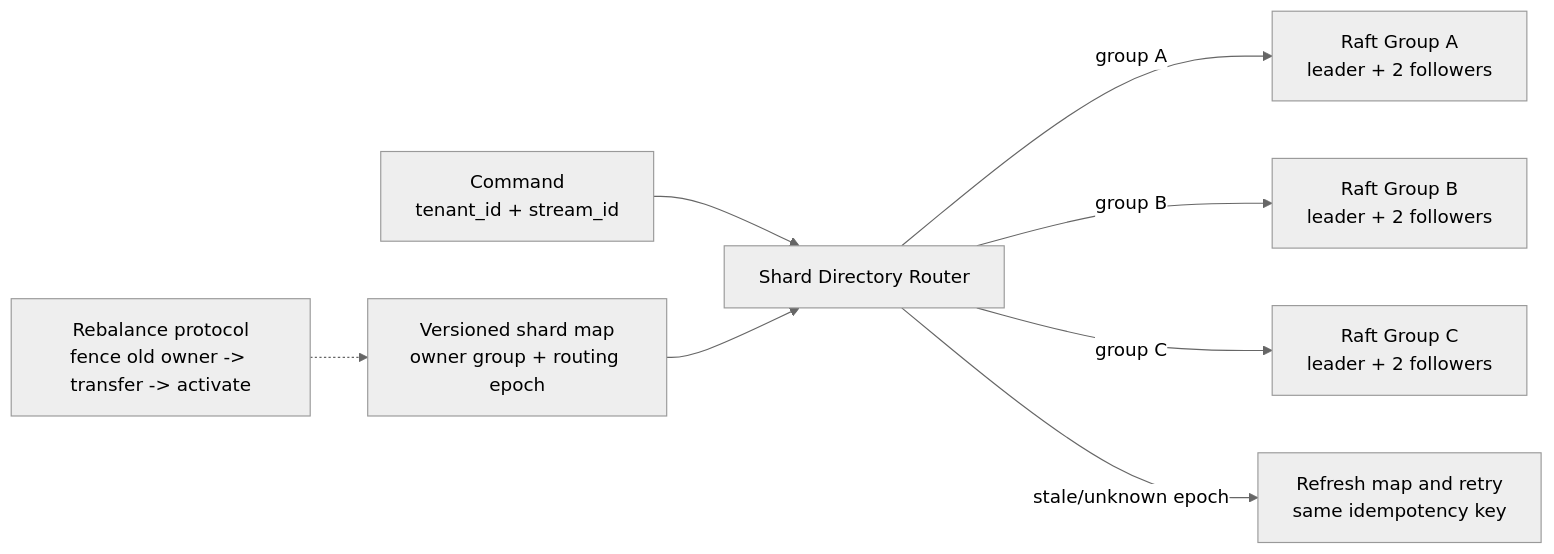
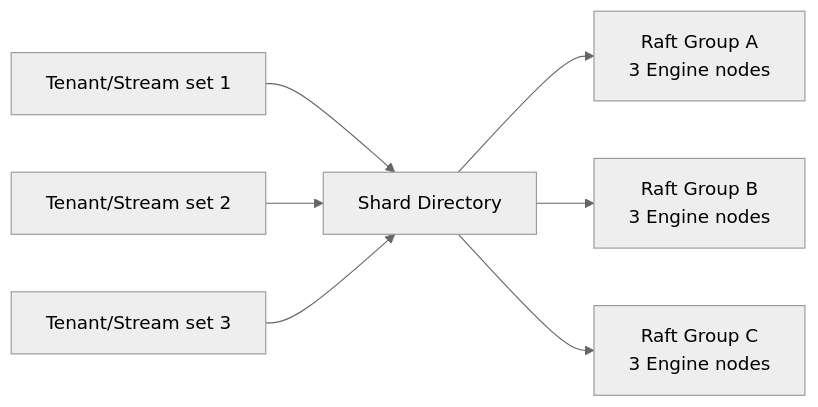
Diagram 12 of 12 in quartz/content/BPMP-Platform/BPMP-Architecture-Technology-Deep-Dive.md (dangthobach/dangthobach.github.io), drawn with Mermaid (neutral theme) before and after one commit. The commit also changed other lines of this file and 1 other file, not shown here.

````diff
--- a/quartz/content/BPMP-Platform/BPMP-Architecture-Technology-Deep-Dive.md
+++ b/quartz/content/BPMP-Platform/BPMP-Architecture-Technology-Deep-Dive.md
@@ -512,10 +497,9 @@
 ```mermaid
 flowchart LR
-    CMD["Command\ntenant_id + stream_id"] --> ROUTER["Shard Directory Router"]
-    MAP["Versioned shard map\nowner group + routing epoch"] --> ROUTER
-    ROUTER -->|"group A"| G1["Raft Group A\nleader + 2 followers"]
-    ROUTER -->|"group B"| G2["Raft Group B\nleader + 2 followers"]
-    ROUTER -->|"group C"| G3["Raft Group C\nleader + 2 followers"]
-    REBAL["Rebalance protocol\nfence old owner -> transfer -> activate"] -.-> MAP
-    ROUTER -->|"stale/unknown epoch"| RETRY["Refresh map and retry\nsame idempotency key"]
+    ROUTER["Shard Directory"] --> G1["Raft Group A<br/>3 Engine nodes"]
+    ROUTER --> G2["Raft Group B<br/>3 Engine nodes"]
+    ROUTER --> G3["Raft Group C<br/>3 Engine nodes"]
+    T1["Tenant/Stream set 1"] --> ROUTER
+    T2["Tenant/Stream set 2"] --> ROUTER
+    T3["Tenant/Stream set 3"] --> ROUTER
 ```
````
